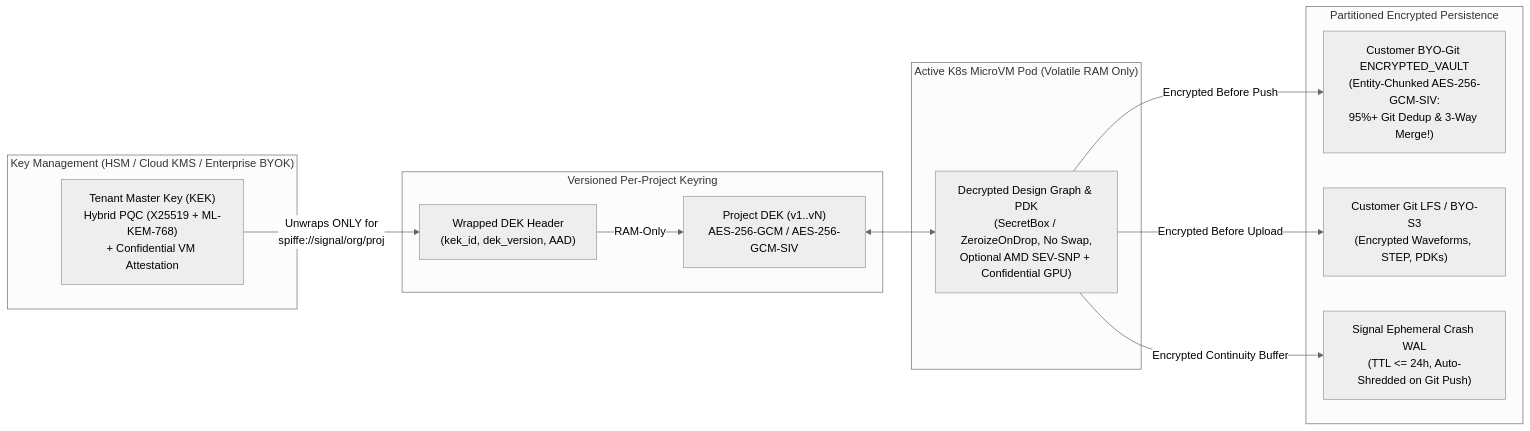
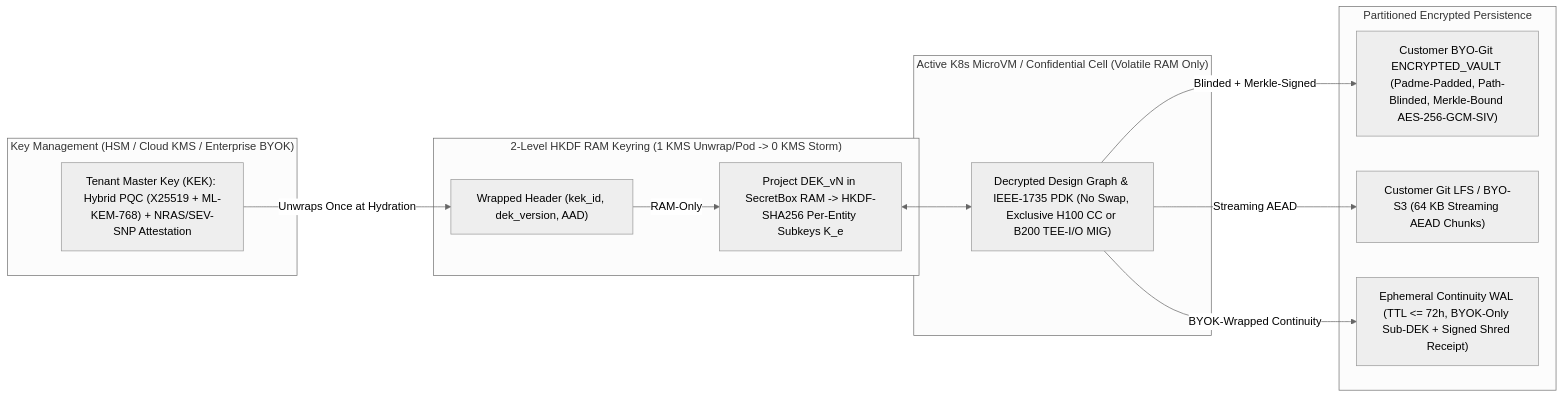
Before and after one commit to the-code-master/signal: the first of 2 diagrams in architecture/07-security-encryption-dlp-and-sftp.md, drawn with Mermaid (neutral theme). The commit also changed other lines of this file and 21 other files, not shown here.

Commit message:
docs: complete deep first-principles architecture vetting (F-113..F-148) and 2-pass scrub

````diff
--- a/architecture/07-security-encryption-dlp-and-sftp.md
+++ b/architecture/07-security-encryption-dlp-and-sftp.md
@@ -22,28 +22,28 @@
 ```mermaid
 flowchart LR
     subgraph KMSLayer["Key Management (HSM / Cloud KMS / Enterprise BYOK)"]
-        RootKEK["Tenant Master Key (KEK)\nHybrid PQC (X25519 + ML-KEM-768)\n+ Confidential VM Attestation"]
+        RootKEK["Tenant Master Key (KEK): Hybrid PQC (X25519 + ML-KEM-768) + NRAS/SEV-SNP Attestation"]
     end
 
-    subgraph ProjectCrypto["Versioned Per-Project Keyring"]
-        DEK["Project DEK (v1..vN)\nAES-256-GCM / AES-256-GCM-SIV"]
-        WrappedDEK["Wrapped DEK Header\n(kek_id, dek_version, AAD)"]
+    subgraph ProjectCrypto["2-Level HKDF RAM Keyring (1 KMS Unwrap/Pod -> 0 KMS Storm)"]
+        DEK["Project DEK_vN in SecretBox RAM -> HKDF-SHA256 Per-Entity Subkeys K_e"]
+        WrappedDEK["Wrapped Header (kek_id, dek_version, AAD)"]
     end
 
-    subgraph PodMem["Active K8s MicroVM Pod (Volatile RAM Only)"]
-        Plain["Decrypted Design Graph & PDK\n(SecretBox / ZeroizeOnDrop, No Swap,\nOptional AMD SEV-SNP + Confidential GPU)"]
+    subgraph PodMem["Active K8s MicroVM / Confidential Cell (Volatile RAM Only)"]
+        Plain["Decrypted Design Graph & IEEE-1735 PDK (No Swap, Exclusive H100 CC or B200 TEE-I/O MIG)"]
     end
 
     subgraph Persist["Partitioned Encrypted Persistence"]
-        VaultGit["Customer BYO-Git ENCRYPTED_VAULT\n(Entity-Chunked AES-256-GCM-SIV:\n95%+ Git Dedup & 3-Way Merge!)"]
-        LFS["Customer Git LFS / BYO-S3\n(Encrypted Waveforms, STEP, PDKs)"]
-        WAL["Signal Ephemeral Crash WAL\n(TTL <= 24h, Auto-Shredded on Git Push)"]
+        VaultGit["Customer BYO-Git ENCRYPTED_VAULT (Padme-Padded, Path-Blinded, Merkle-Bound AES-256-GCM-SIV)"]
+        LFS["Customer Git LFS / BYO-S3 (64 KB Streaming AEAD Chunks)"]
+        WAL["Ephemeral Continuity WAL (TTL <= 72h, BYOK-Only Sub-DEK + Signed Shred Receipt)"]
     end
 
-    RootKEK -->|"Unwraps ONLY for\nspiffe://signal/org/proj"| WrappedDEK
+    RootKEK -->|"Unwraps Once at Hydration"| WrappedDEK
     WrappedDEK -->|"RAM-Only"| DEK
     DEK <--> Plain
-    Plain -->|"Encrypted Before Push"| VaultGit
-    Plain -->|"Encrypted Before Upload"| LFS
-    Plain -->|"Encrypted Continuity Buffer"| WAL
+    Plain -->|"Blinded + Merkle-Signed"| VaultGit
+    Plain -->|"Streaming AEAD"| LFS
+    Plain -->|"BYOK-Wrapped Continuity"| WAL
 ```
````
